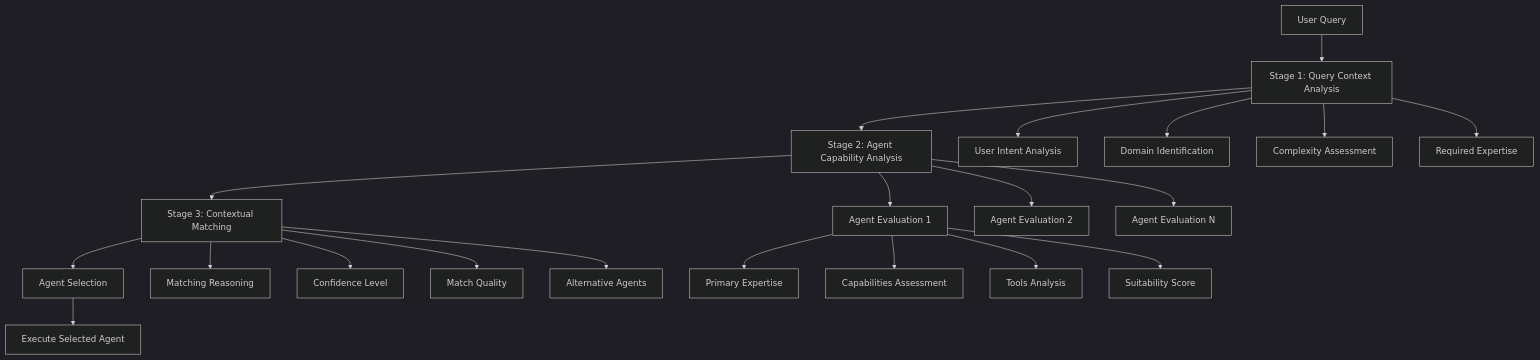
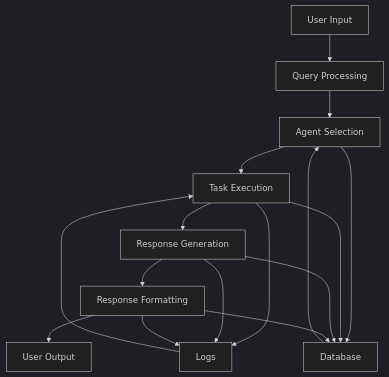
The fifth of 11 diagrams in ARCHITECTURE.md (ashfrnndz21/AgentOS_Latest_Release), drawn with Mermaid (dark theme) before and after one commit. The commit also changed other lines of this file and 174 other files, not shown here.

````diff
--- a/ARCHITECTURE.md
+++ b/ARCHITECTURE.md
@@ -110,28 +231,20 @@
 ```mermaid
 graph TD
-    A[User Query] --> B[Stage 1: Query Context Analysis]
-    B --> C[Stage 2: Agent Capability Analysis]
-    C --> D[Stage 3: Contextual Matching]
-    D --> E[Agent Selection]
+    A[User Input] --> B[Query Processing]
+    B --> C[Agent Selection]
+    C --> D[Task Execution]
+    D --> E[Response Generation]
+    E --> F[Response Formatting]
+    F --> G[User Output]
     
-    B --> B1[User Intent Analysis]
-    B --> B2[Domain Identification]
-    B --> B3[Complexity Assessment]
-    B --> B4[Required Expertise]
+    H[Database] --> C
+    C --> H
+    D --> H
+    E --> H
+    F --> H
     
-    C --> C1[Agent Evaluation 1]
-    C --> C2[Agent Evaluation 2]
-    C --> C3[Agent Evaluation N]
-    
-    C1 --> C1A[Primary Expertise]
-    C1 --> C1B[Capabilities Assessment]
-    C1 --> C1C[Tools Analysis]
-    C1 --> C1D[Suitability Score]
-    
-    D --> D1[Matching Reasoning]
-    D --> D2[Confidence Level]
-    D --> D3[Match Quality]
-    D --> D4[Alternative Agents]
-    
-    E --> F[Execute Selected Agent]
+    I[Logs] --> D
+    D --> I
+    E --> I
+    F --> I
 ```
````
